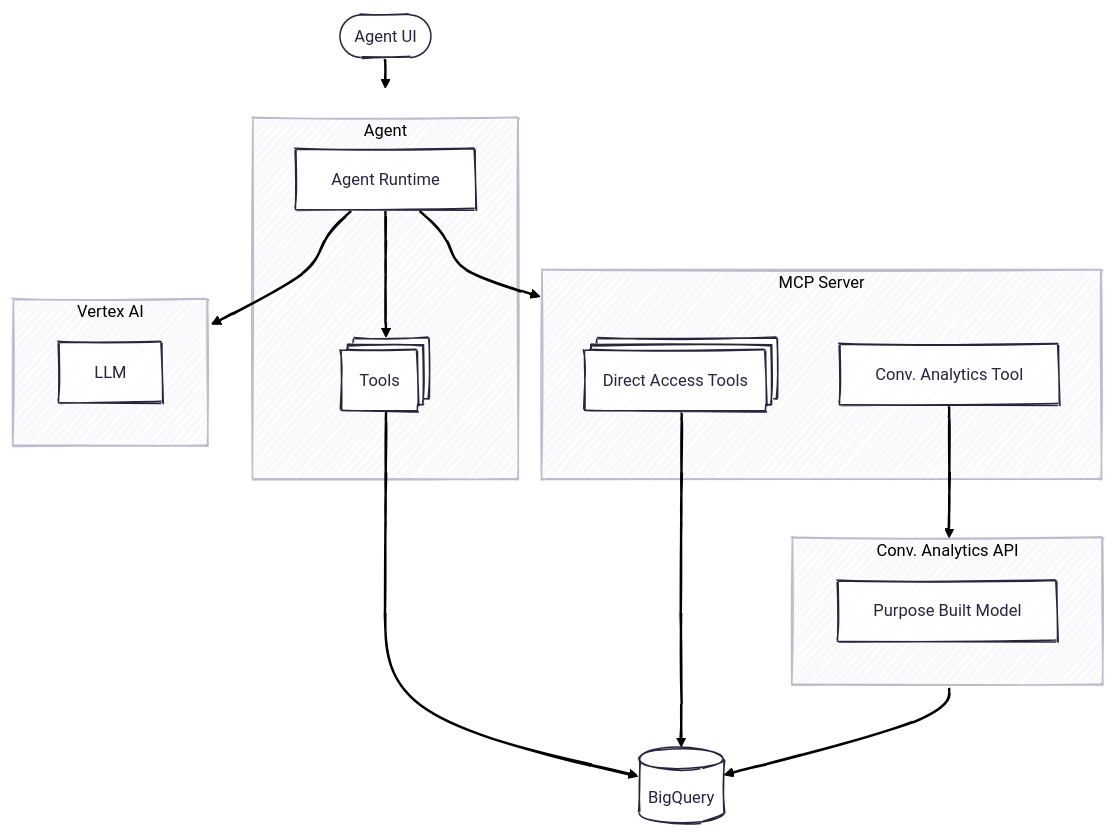
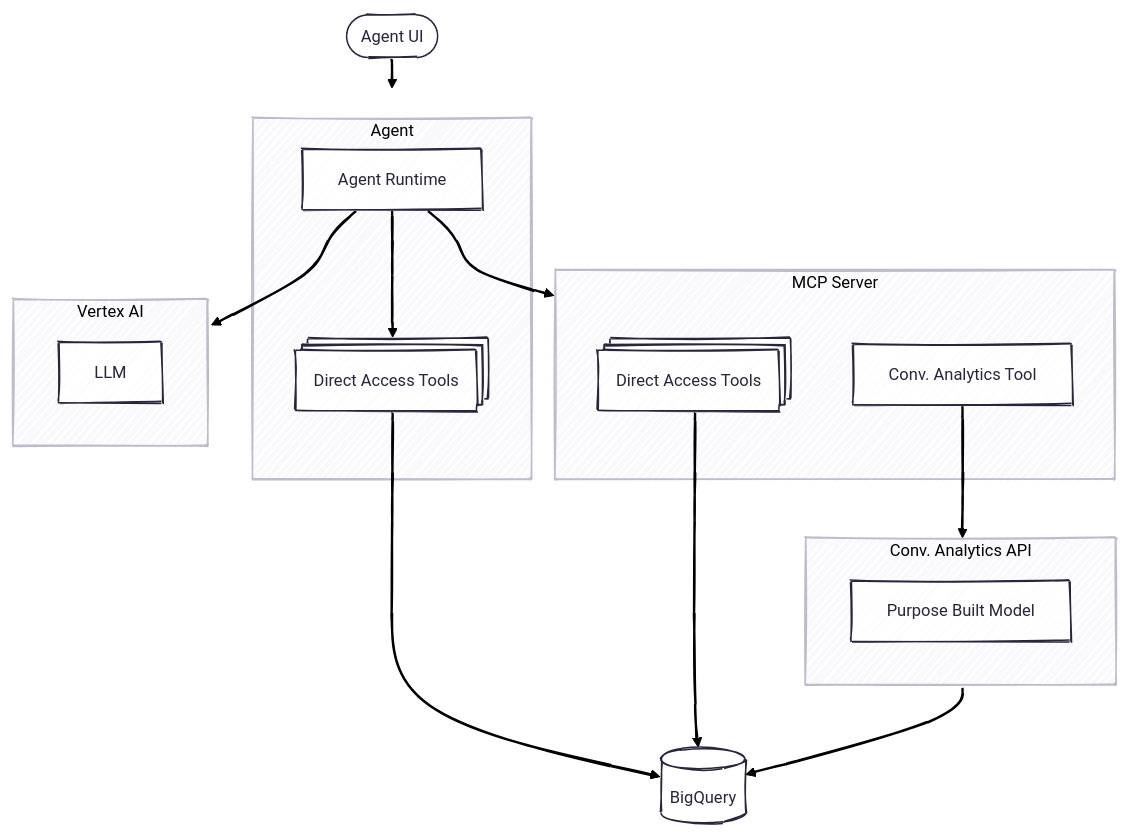
The diagram in labs/agents/ADK-and-BigQuery.md (GoogleCloudPlatform/data-to-ai), drawn with Mermaid before and after one commit.

Commit message:
Working version of the interaction diagram for the agent lab.

````diff
--- a/labs/agents/ADK-and-BigQuery.md
+++ b/labs/agents/ADK-and-BigQuery.md
@@ -20,33 +20,34 @@
 ```mermaid
 ---
 config:
   theme: redux
   layout: dagre
   look: handDrawn
 ---
 flowchart TD
  subgraph s1["Agent"]
         n1["Agent Runtime"]
-        n2["Tools"]
+        n2["Direct Access Tools"]
   end
  subgraph s2["MCP Server"]
         n4["Direct Access Tools"]
         n5["Conv. Analytics Tool"]
   end
  subgraph s3["Conv. Analytics API"]
         n8["Purpose Built Model"]
   end
  subgraph s4["Vertex AI"]
         n9["LLM"]
   end
     A(["Agent UI"]) --> s1
     n1 --> n2 & s2 & s4
     n2 --> n6["BigQuery"]
     n4 --> n6
     s3 --> n6
     n5 --> s3
     n2@{ shape: procs}
     n4@{ shape: procs}
     n5@{ shape: proc}
     n6@{ shape: db}
+
 ```
````
